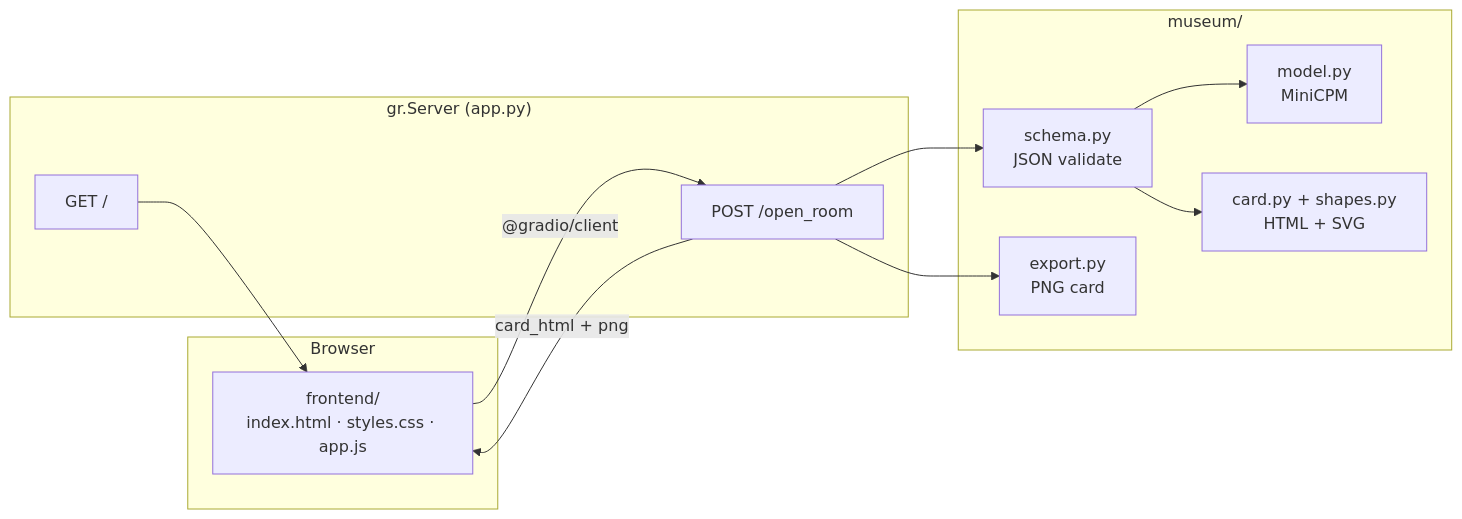
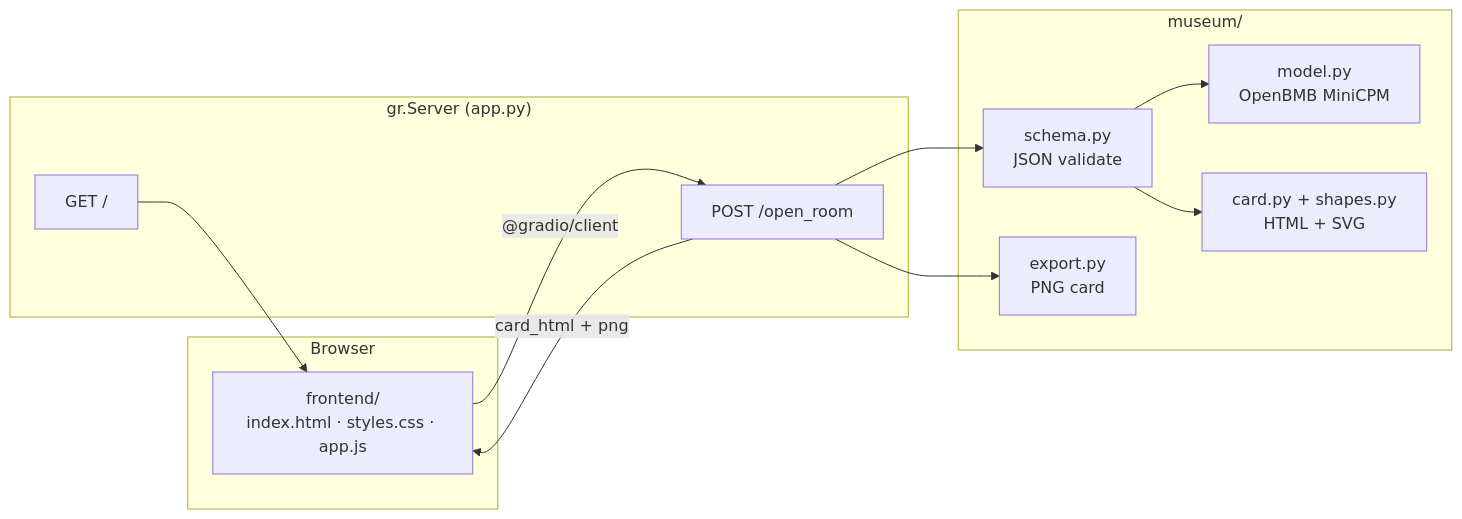
The diagram in README.md (Rime504/museum-of-unlived-lives), drawn with Mermaid before and after one commit. The commit also changed other lines of this file, not shown here.

First line of the commit message:
Lead README with project soul and prominent OpenBMB MiniCPM.

````diff
--- a/README.md
+++ b/README.md
@@ -33,26 +53,26 @@
 ```mermaid
 flowchart LR
   subgraph client["Browser"]
     UI["frontend/<br/>index.html · styles.css · app.js"]
   end
 
   subgraph server["gr.Server (app.py)"]
     GET["GET /"]
     API["POST /open_room"]
   end
 
   subgraph museum["museum/"]
     SCHEMA["schema.py<br/>JSON validate"]
-    MODEL["model.py<br/>MiniCPM"]
+    MODEL["model.py<br/>OpenBMB MiniCPM"]
     CARD["card.py + shapes.py<br/>HTML + SVG"]
     EXPORT["export.py<br/>PNG card"]
   end
 
   UI -->|"@gradio/client"| API
   GET --> UI
   API --> SCHEMA
   SCHEMA --> MODEL
   SCHEMA --> CARD
   API --> EXPORT
   API -->|"card_html + png"| UI
 ```
````
